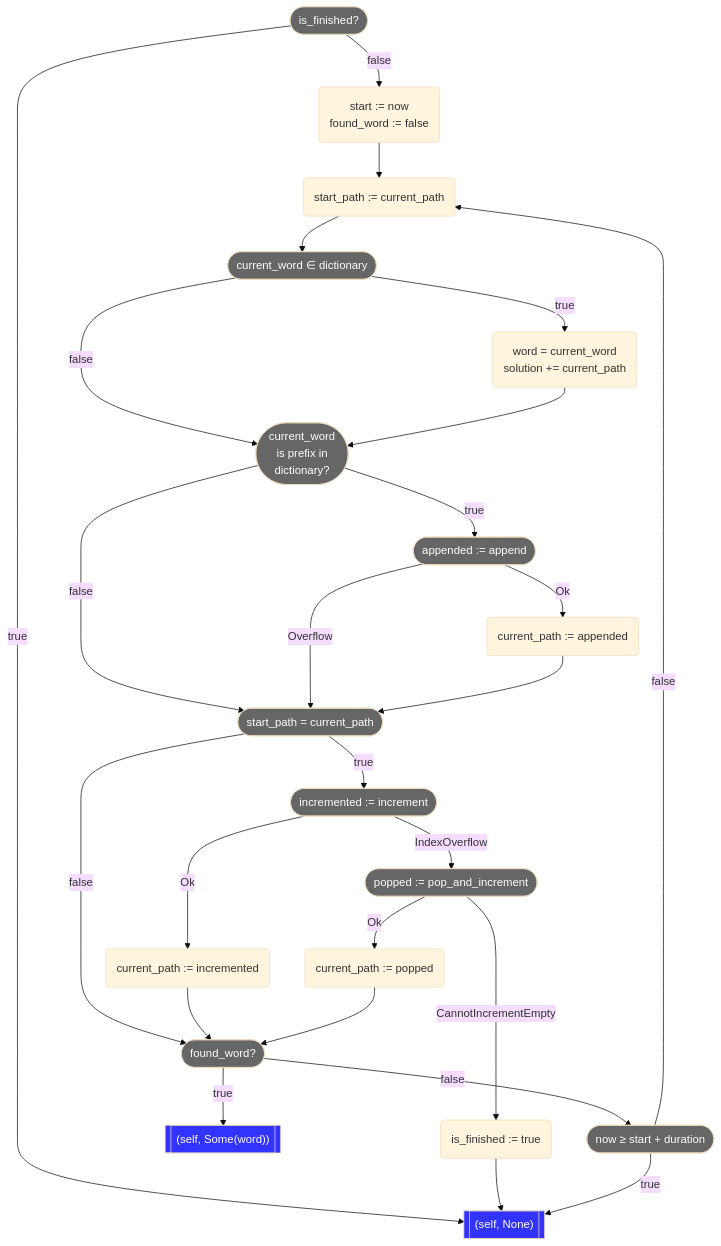
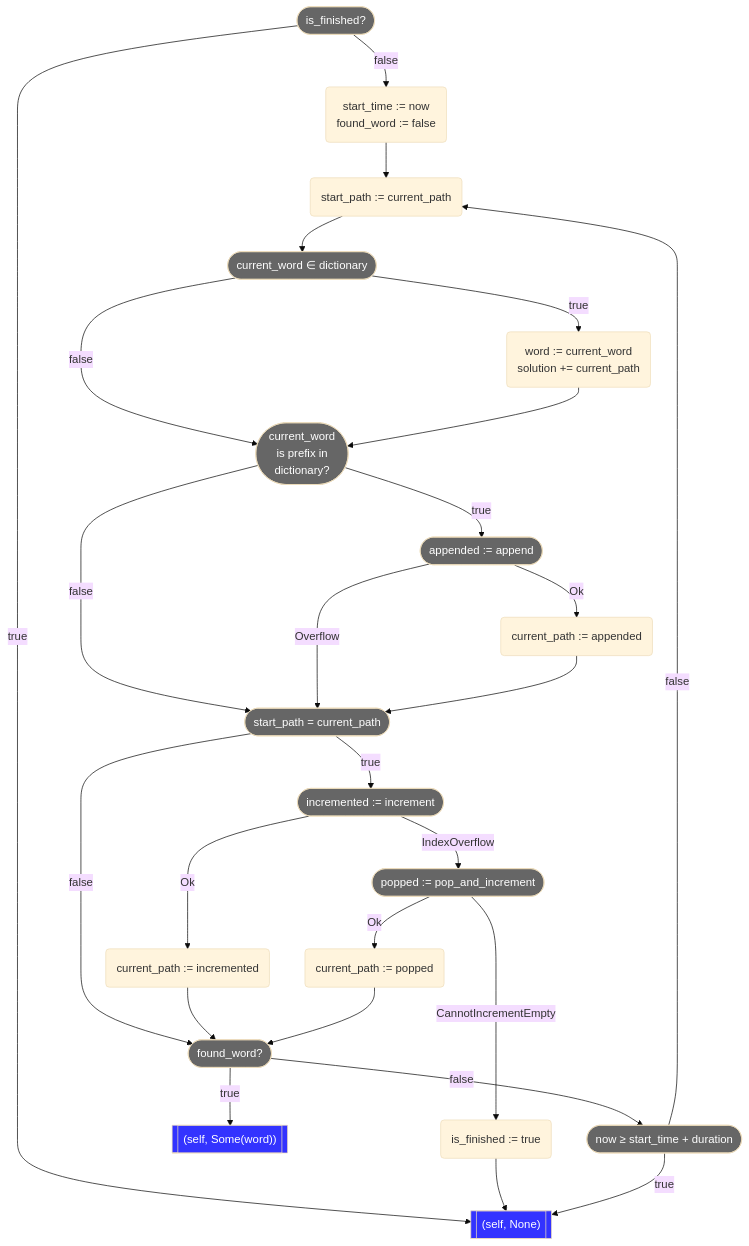
Before and after one commit to xebia-functional/quartiles-solver: the fifth of 5 diagrams in blog/README.md, drawn with Mermaid (base theme). The commit also changed other lines of this file and 1 other file, not shown here.

````diff
--- a/blog/README.md
+++ b/blog/README.md
@@ -1606,70 +1620,70 @@
 ```mermaid
 flowchart TB
 	is_finished(["is_finished?"])
 	finished[["(self, None)"]]
 
-	initialize("start := now
+	initialize("start_time := now
 	found_word := false")
 
-	loop_head("start_path := current_path")
-	contains_word(["current_word ∈ dictionary"])
-	found_word("word = current_word
-	solution += current_path")
+	loop_head("start_path&nbsp;:=&nbsp;current_path")
+	contains_word(["current_word&nbsp;∈&nbsp;dictionary"])
+	found_word("word&nbsp;:=&nbsp;current_word
+	solution&nbsp;+=&nbsp;current_path")
 
 	contains_prefix(["current_word
 	is prefix in
 	dictionary?"])
 	append(["appended := append"])
 	append_ok("current_path := appended")
 
 	path_changed(["start_path&nbsp;=&nbsp;current_path"])
 	increment(["incremented&nbsp;:=&nbsp;increment"])
 	increment_ok("current_path&nbsp;:=&nbsp;incremented")
 	popcrement(["popped&nbsp;:=&nbsp;pop_and_increment"])
-	popcrement_ok("current_path := popped")
+	popcrement_ok("current_path&nbsp;:=&nbsp;popped")
 	done("is_finished := true")
 
 	did_find_word(["found_word?"])
 	next_word[["(self, Some(word))"]]
-	is_expired(["now ≥ start + duration"])
+	is_expired(["now&nbsp;≥&nbsp;start_time&nbsp;+&nbsp;duration"])
 
 	classDef test fill:#666666,color:#ffffff
 	class is_finished test
 	class contains_word test
 	class contains_prefix test
 	class append test
 	class path_changed test
 	class increment test
 	class popcrement test
 	class did_find_word test
 	class is_expired test
 
 	classDef return fill:#3333ff,color:#ffffff
 	class finished return
 	class next_word return
 
 	is_finished -- "true" --> finished
 	is_finished -- "false" --> initialize
 	initialize --> loop_head --> contains_word
 	contains_word -- "true" --> found_word
 	contains_word -- "false" --> contains_prefix
 	found_word --> contains_prefix
 	contains_prefix -- "true" --> append
 	contains_prefix -- "false" --> path_changed
 	append -- "Ok" --> append_ok
 	append -- "Overflow" --> path_changed
 	append_ok --> path_changed
 	path_changed -- "true" --> increment
 	path_changed -- "false" --> did_find_word
 	increment -- "Ok" --> increment_ok
 	increment -- "IndexOverflow" --> popcrement
 	increment_ok --> did_find_word
 	popcrement -- "Ok" --> popcrement_ok
 	popcrement -- "CannotIncrementEmpty" --> done
 	popcrement_ok --> did_find_word
 	done --> finished
 	did_find_word -- "true" --> next_word
 	did_find_word -- "false" --> is_expired
 	is_expired -- "true" --> finished
 	is_expired -- "false" --> loop_head
 ```
````
